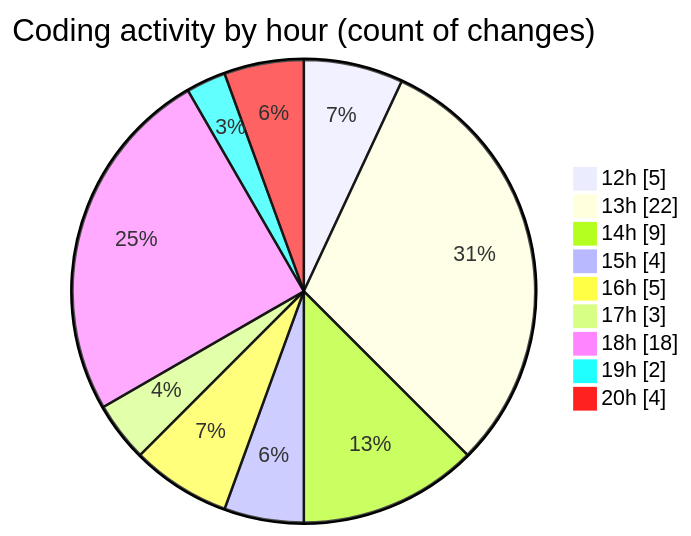
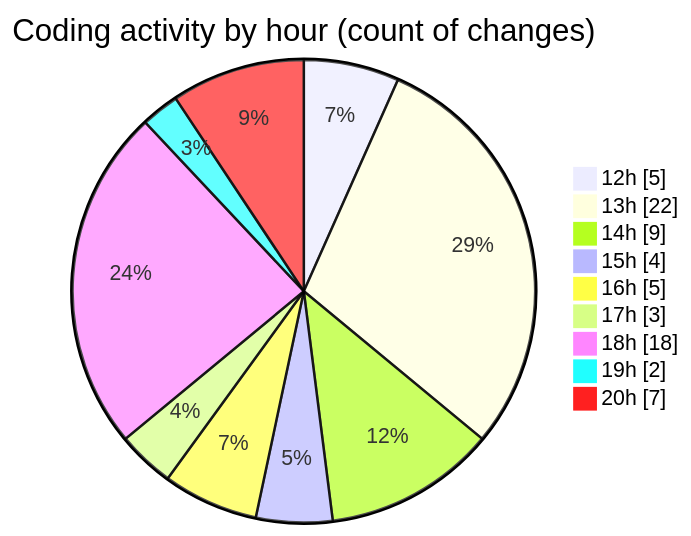
Before and after one commit to MatusMokan/code-tracking: the second of 2 diagrams in 2025-04-19/myws__workspace_/README.md, drawn with Mermaid. The commit also changed other lines of this file and 1 other file, not shown here.

````diff
--- a/2025-04-19/myws__workspace_/README.md
+++ b/2025-04-19/myws__workspace_/README.md
@@ -32,13 +32,13 @@
 ```mermaid
 pie showData
 title Coding activity by hour (count of changes)
 "12h" : 5
 "13h" : 22
 "14h" : 9
 "15h" : 4
 "16h" : 5
 "17h" : 3
 "18h" : 18
 "19h" : 2
-"20h" : 4
+"20h" : 7
 ```
````
